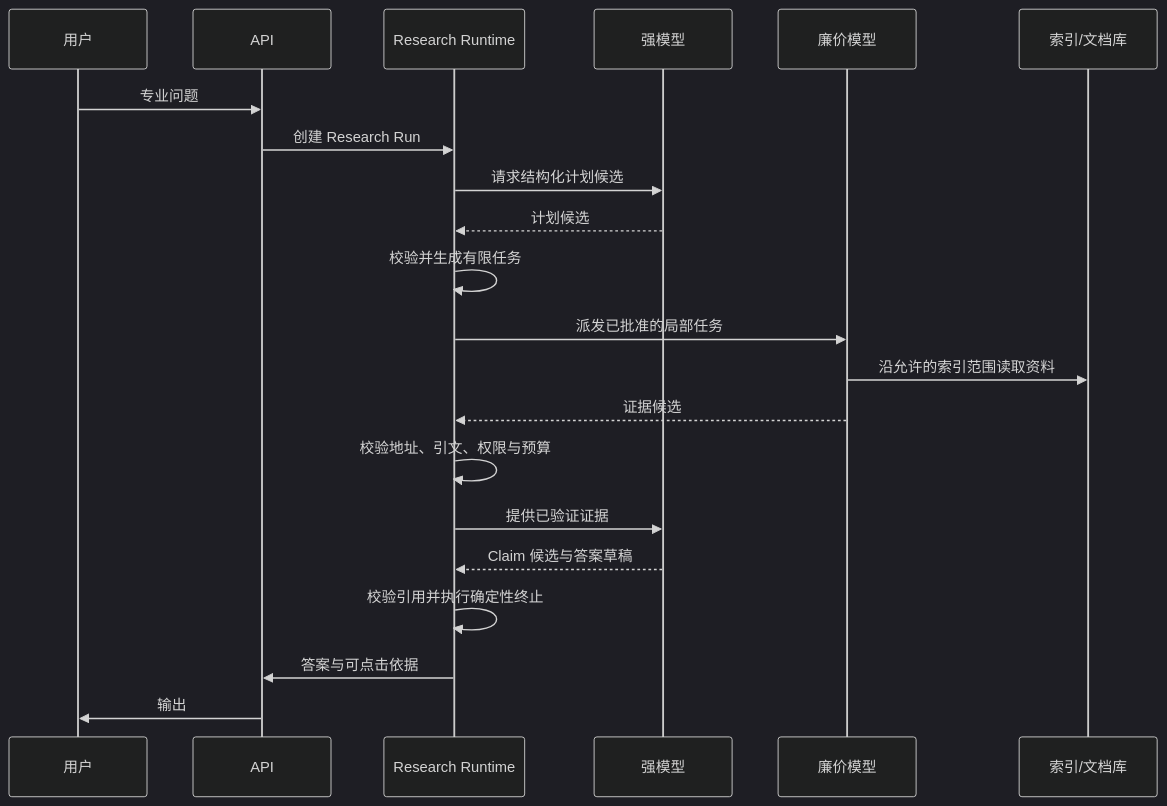
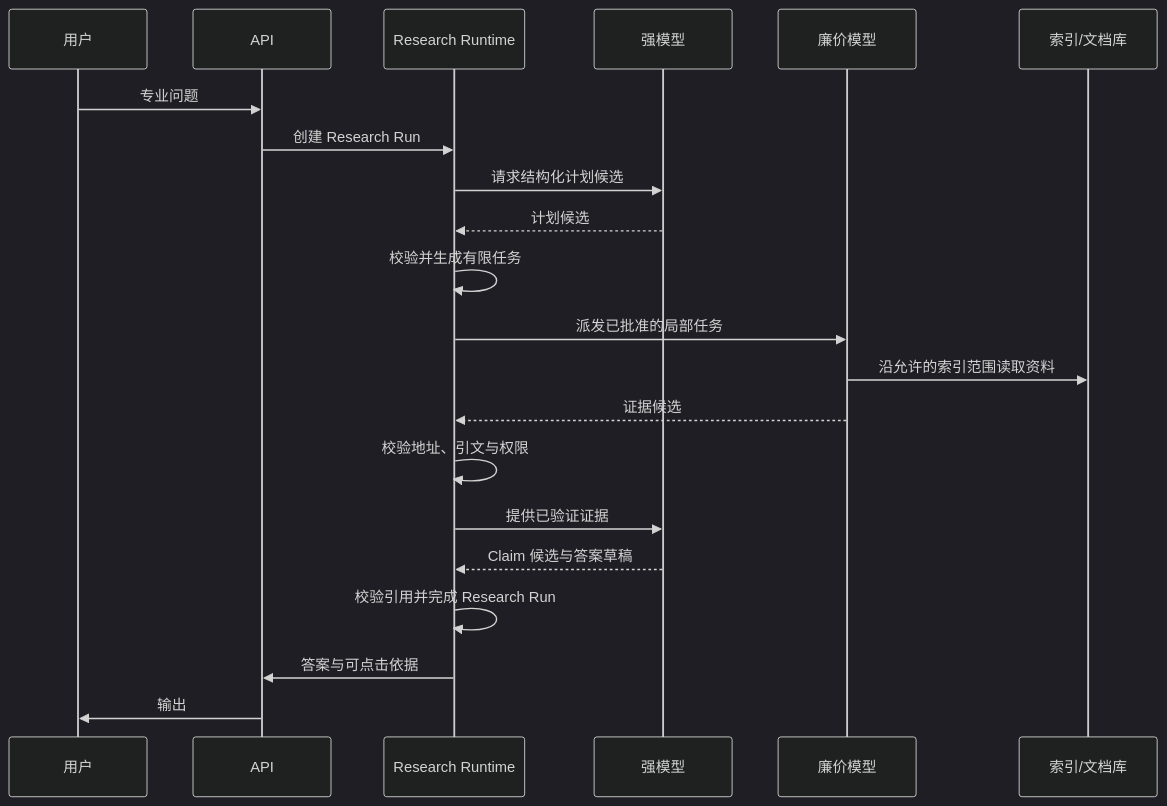
One commit to SuperCatQR/traceable-research-runtime changed the second of 2 diagrams in docs/architecture.md. Above: the diagram before and after it, drawn with Mermaid (dark theme). The commit also changed other lines of this file and 1 other file, not shown here.

````diff
--- a/docs/architecture.md
+++ b/docs/architecture.md
@@ -179,24 +154,24 @@
 ```mermaid
 sequenceDiagram
     participant U as 用户
     participant A as API
     participant R as Research Runtime
     participant S as 强模型
     participant C as 廉价模型
     participant K as 索引/文档库
 
     U->>A: 专业问题
     A->>R: 创建 Research Run
     R->>S: 请求结构化计划候选
     S-->>R: 计划候选
     R->>R: 校验并生成有限任务
     R->>C: 派发已批准的局部任务
     C->>K: 沿允许的索引范围读取资料
     C-->>R: 证据候选
-    R->>R: 校验地址、引文、权限与预算
+    R->>R: 校验地址、引文与权限
     R->>S: 提供已验证证据
     S-->>R: Claim 候选与答案草稿
-    R->>R: 校验引用并执行确定性终止
+    R->>R: 校验引用并完成 Research Run
     R->>A: 答案与可点击依据
     A->>U: 输出
 ```
````
